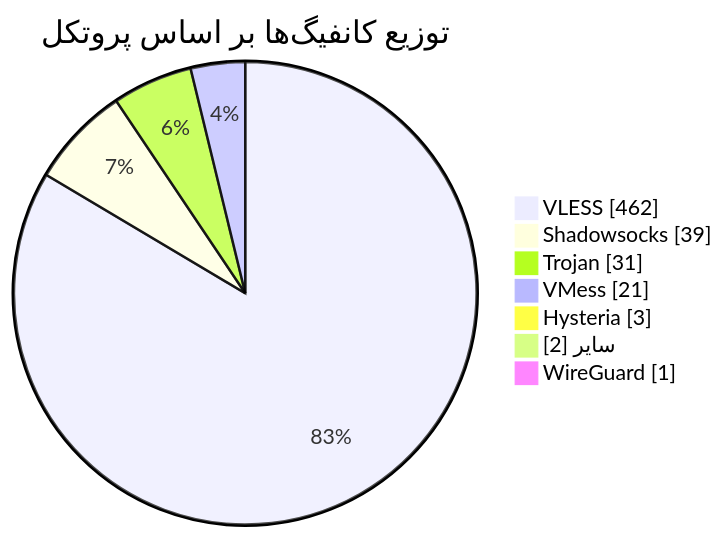
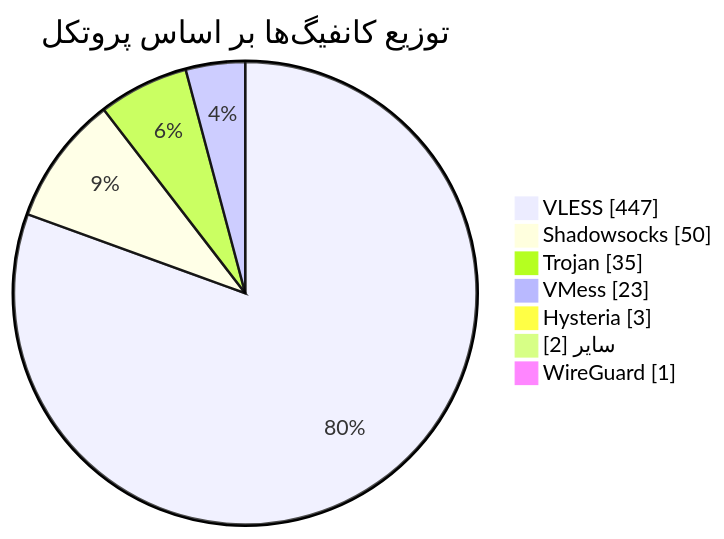
One commit to Arian-Alijani/Somthing changed the diagram in README.md. Above: the diagram before and after it, drawn with Mermaid. The commit also changed other lines of this file and 79 other files, not shown here.

````diff
--- a/README.md
+++ b/README.md
@@ -49,11 +49,11 @@
 ```mermaid
 pie showData
     title توزیع کانفیگ‌ها بر اساس پروتکل
-    "VLESS" : 462
-    "Shadowsocks" : 39
-    "Trojan" : 31
-    "VMess" : 21
+    "VLESS" : 447
+    "Shadowsocks" : 50
+    "Trojan" : 35
+    "VMess" : 23
     "Hysteria" : 3
     "سایر" : 2
     "WireGuard" : 1
 ```
````
